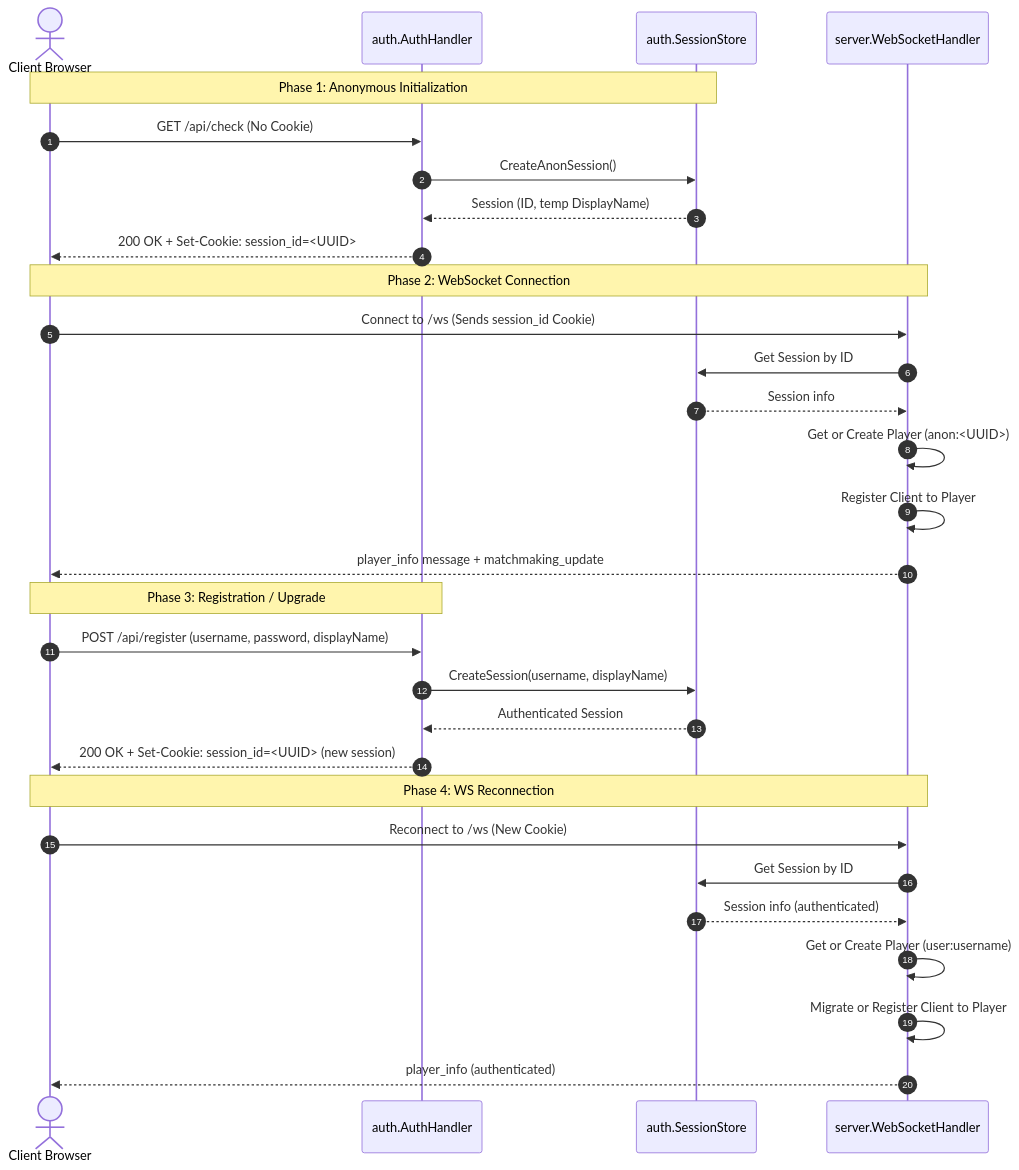
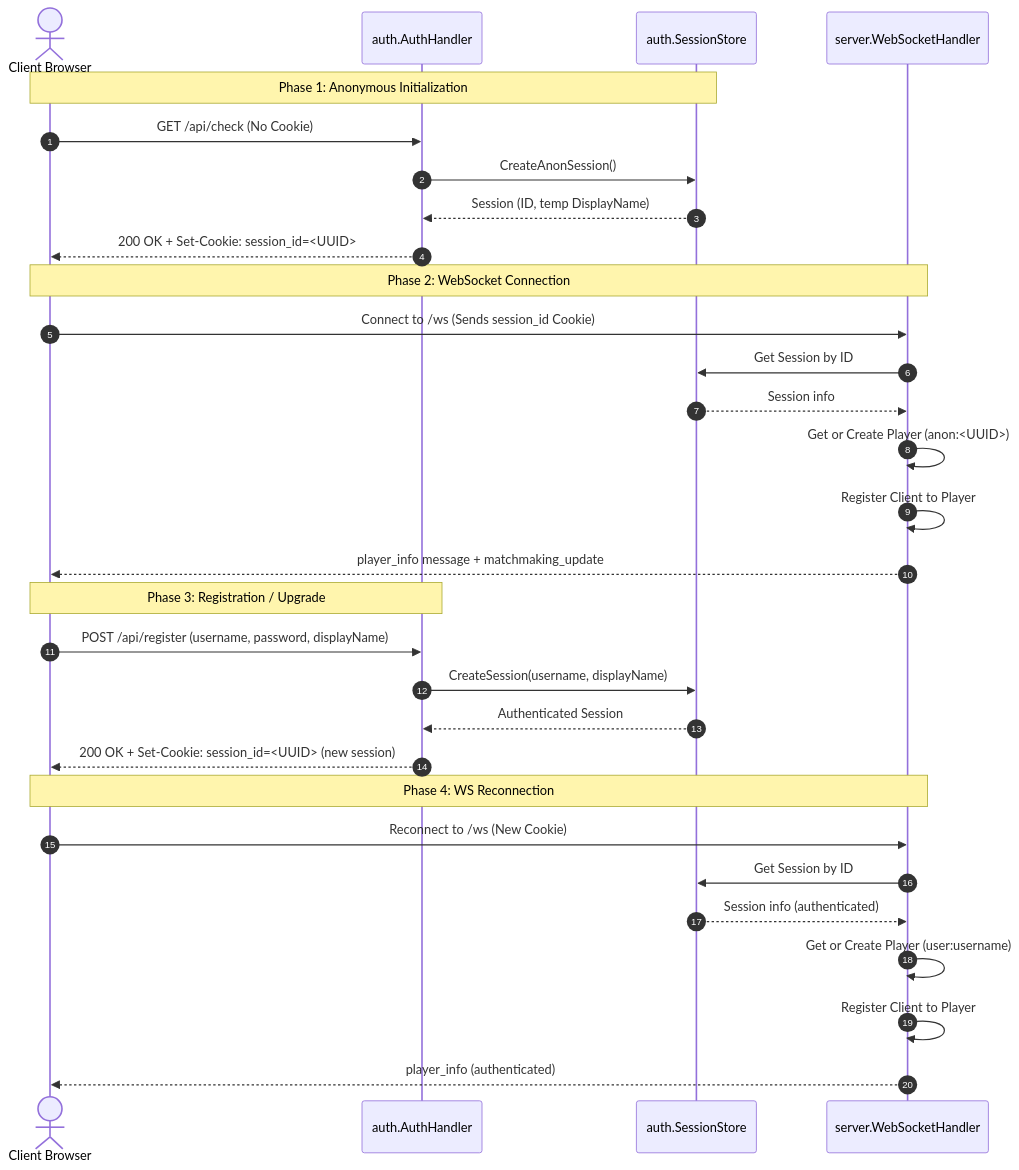
The third of 4 diagrams in backend/ARCHITECTURE.md (danielruijs/go-chess), drawn with Mermaid before and after one commit. The commit also changed other lines of this file, not shown here.

Commit message:
docs: clarify user identity description and update diagram labels in architecture documentation

````diff
--- a/backend/ARCHITECTURE.md
+++ b/backend/ARCHITECTURE.md
@@ -109,36 +109,36 @@
 ```mermaid
 sequenceDiagram
     autonumber
     actor Browser as Client Browser
     participant Auth as auth.AuthHandler
     participant Sessions as auth.SessionStore
     participant WS as server.WebSocketHandler
     
     Note over Browser, Sessions: Phase 1: Anonymous Initialization
     Browser->>Auth: GET /api/check (No Cookie)
     Auth->>Sessions: CreateAnonSession()
     Sessions-->>Auth: Session (ID, temp DisplayName)
     Auth-->>Browser: 200 OK + Set-Cookie: session_id=<UUID>
     
     Note over Browser, WS: Phase 2: WebSocket Connection
     Browser->>WS: Connect to /ws (Sends session_id Cookie)
     WS->>Sessions: Get Session by ID
     Sessions-->>WS: Session info
     WS->>WS: Get or Create Player (anon:<UUID>)
     WS->>WS: Register Client to Player
     WS-->>Browser: player_info message + matchmaking_update
     
     Note over Browser, Auth: Phase 3: Registration / Upgrade
     Browser->>Auth: POST /api/register (username, password, displayName)
     Auth->>Sessions: CreateSession(username, displayName)
     Sessions-->>Auth: Authenticated Session
     Auth-->>Browser: 200 OK + Set-Cookie: session_id=<UUID> (new session)
     
     Note over Browser, WS: Phase 4: WS Reconnection
     Browser->>WS: Reconnect to /ws (New Cookie)
     WS->>Sessions: Get Session by ID
     Sessions-->>WS: Session info (authenticated)
     WS->>WS: Get or Create Player (user:username)
-    WS->>WS: Migrate or Register Client to Player
+    WS->>WS: Register Client to Player
     WS-->>Browser: player_info (authenticated)
 ```
````
